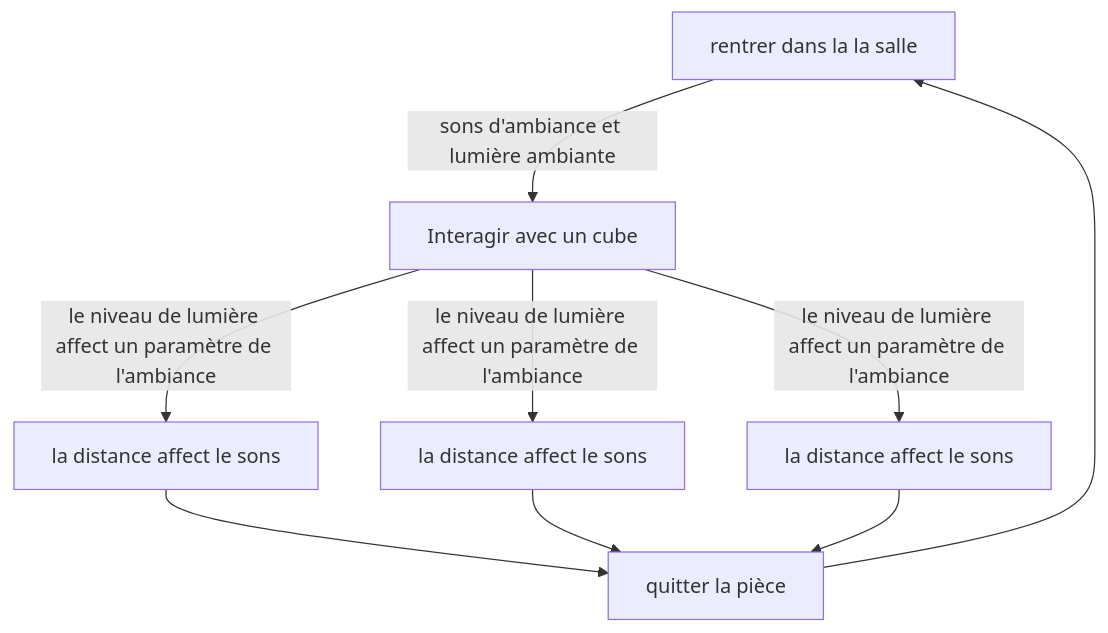
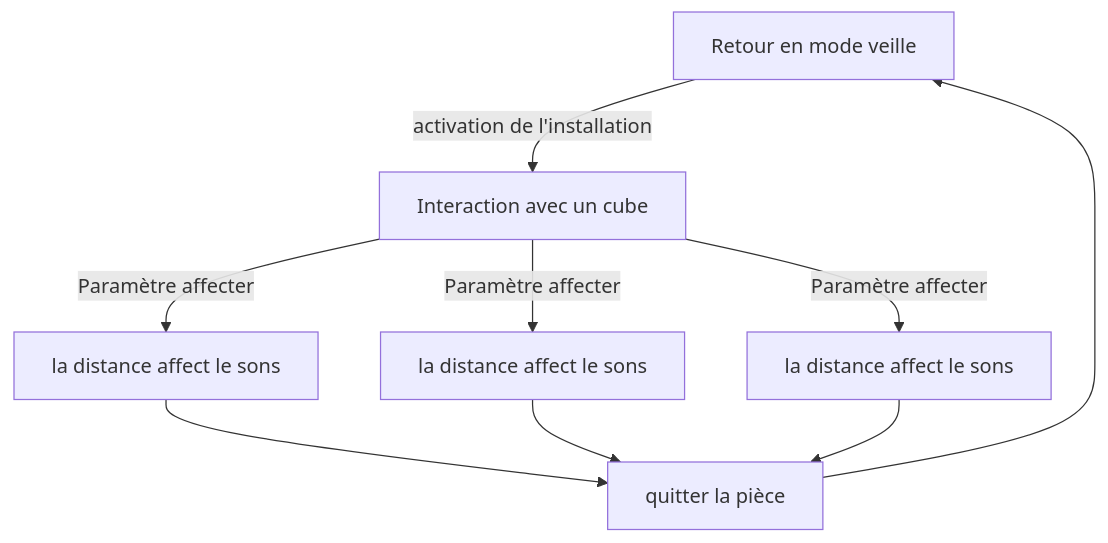
One commit to Ethereal-Creators/Etheria changed the diagram in 20_intention/30_scenario/README.md. Above: the diagram before and after it, drawn with Mermaid.

Commit message:
correction

````diff
--- a/20_intention/30_scenario/README.md
+++ b/20_intention/30_scenario/README.md
@@ -13,11 +13,11 @@
 ```mermaid
 graph TD
-    A[rentrer dans la la salle] --sons d'ambiance et lumière ambiante--> B[la distance affect le sons]
-    B[Interagir avec un cube] -- le niveau de lumière affect un paramètre de l'ambiance --> C[la distance affect le sons]
-    B --le niveau de lumière affect un paramètre de l'ambiance --> D[la distance affect le sons]
-    B --le niveau de lumière affect un paramètre de l'ambiance --> E[la distance affect le sons]
+    A[Retour en mode veille] --activation de l'installation--> B[la distance affect le sons]
+    B[Interaction avec un cube] -- Paramètre affecter --> C[la distance affect le sons]
+    B --Paramètre affecter --> D[la distance affect le sons]
+    B --Paramètre affecter --> E[la distance affect le sons]
     C --> F[quitter la pièce]
-    D --> F[quitter la pièce]
-    E --> F[quitter la pièce]
+    D --> F
+    E --> F
     F --> A
 ```
````
